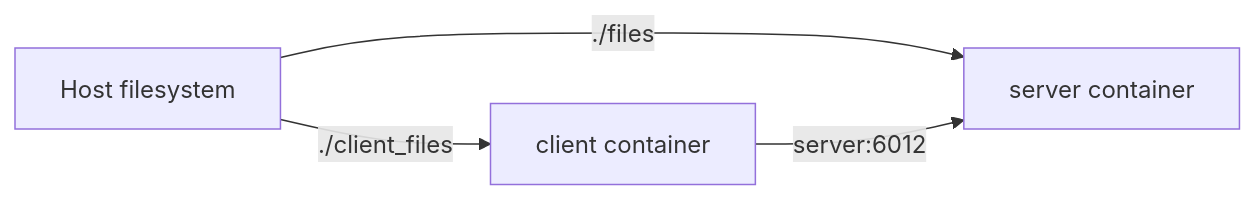
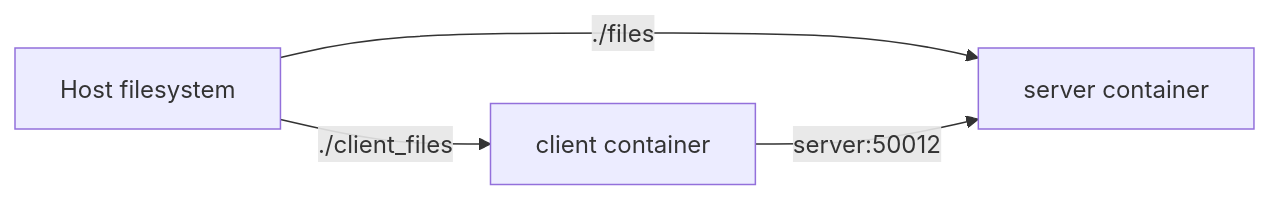
One commit to KingJorjai/Distributed-Systems_Cloud-File-Service changed the diagram in docs/docker.md. Above: the diagram before and after it, drawn with Mermaid. The commit also changed other lines of this file and 7 other files, not shown here.

````diff
--- a/docs/docker.md
+++ b/docs/docker.md
@@ -5,6 +5,6 @@
 ```mermaid
 flowchart LR
     Host[Host filesystem] -->|./files| S[server container]
     Host -->|./client_files| C[client container]
-    C -->|server:6012| S
+    C -->|server:50012| S
 ```
````
